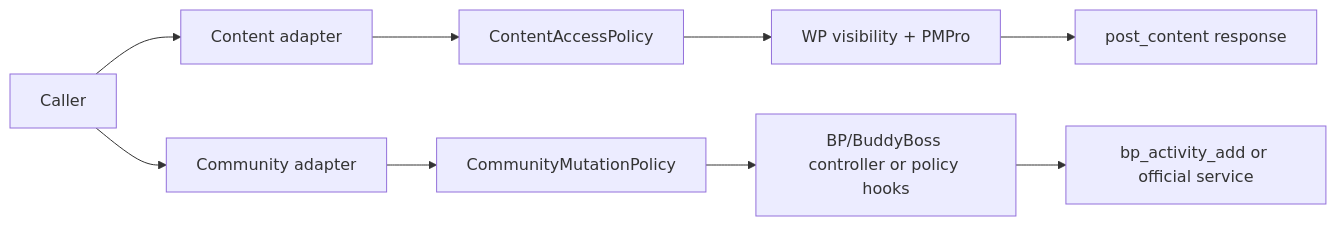
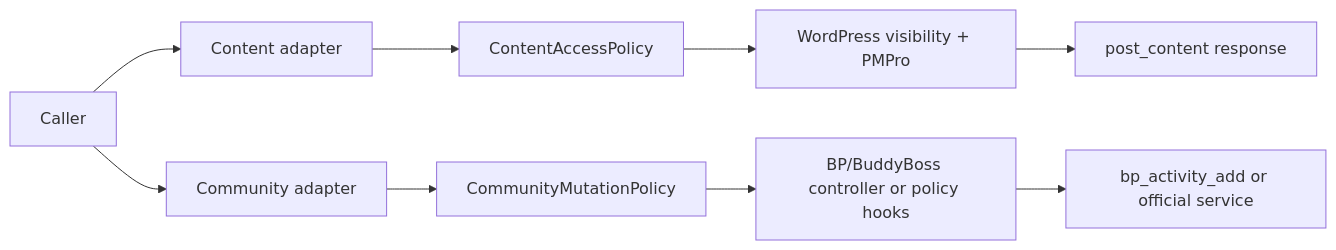
One commit to kulkarnitech/WP-WebMCP changed the diagram in security-hardening/diagrams/domain-aware-authorization-domain-policy-services-after.mmd. Above: the diagram before and after it, drawn with Mermaid. The commit also changed 31 other files, not shown here.

Commit message:
Finalize WebMCP Layer for WordPress

```diff
--- a/security-hardening/diagrams/domain-aware-authorization-domain-policy-services-after.mmd
+++ b/security-hardening/diagrams/domain-aware-authorization-domain-policy-services-after.mmd
@@ -1,9 +1,9 @@
 flowchart LR
   U[Caller] --> P[Content adapter]
   U --> B[Community adapter]
   P --> CP[ContentAccessPolicy]
   B --> MP[CommunityMutationPolicy]
-  CP --> W[WP visibility + PMPro]
+  CP --> W[WordPress visibility + PMPro]
   MP --> D[BP/BuddyBoss controller or policy hooks]
   W --> C[post_content response]
   D --> A[bp_activity_add or official service]
```
